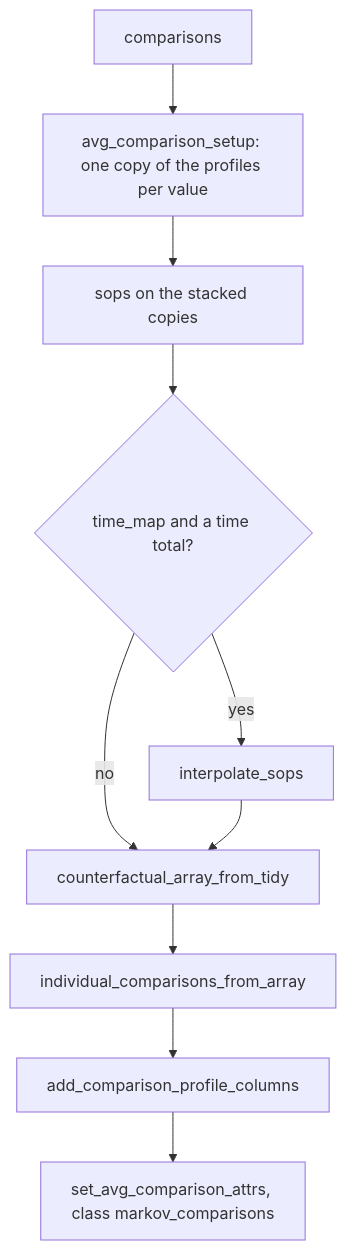
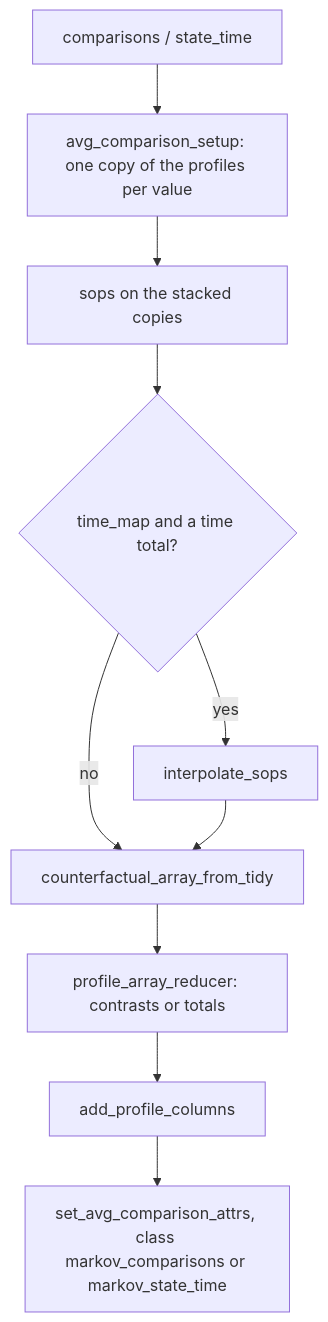
One commit to scjohannes/mostr changed the second of 2 diagrams in ARCHITECTURE.md. Above: the diagram before and after it, drawn with Mermaid. The commit also changed other lines of this file and 45 other files, not shown here.

````diff
--- a/ARCHITECTURE.md
+++ b/ARCHITECTURE.md
@@ -261,12 +286,12 @@
 ```mermaid
 flowchart TD
-    A[comparisons] --> B[avg_comparison_setup: one copy of the profiles per value]
+    A[comparisons / state_time] --> B[avg_comparison_setup: one copy of the profiles per value]
     B --> C[sops on the stacked copies]
     C --> D{time_map and a time total?}
     D -- yes --> E[interpolate_sops]
     D -- no --> F[counterfactual_array_from_tidy]
     E --> F
-    F --> G[individual_comparisons_from_array]
-    G --> H[add_comparison_profile_columns]
-    H --> I[set_avg_comparison_attrs, class markov_comparisons]
+    F --> G[profile_array_reducer: contrasts or totals]
+    G --> H[add_profile_columns]
+    H --> I[set_avg_comparison_attrs, class markov_comparisons or markov_state_time]
 ```
````
